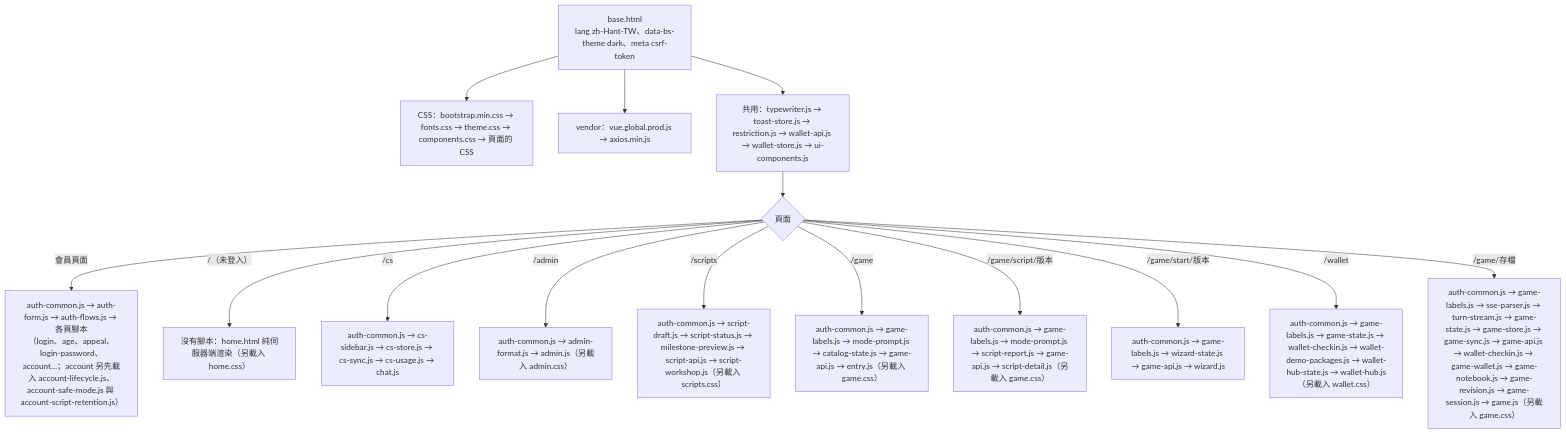
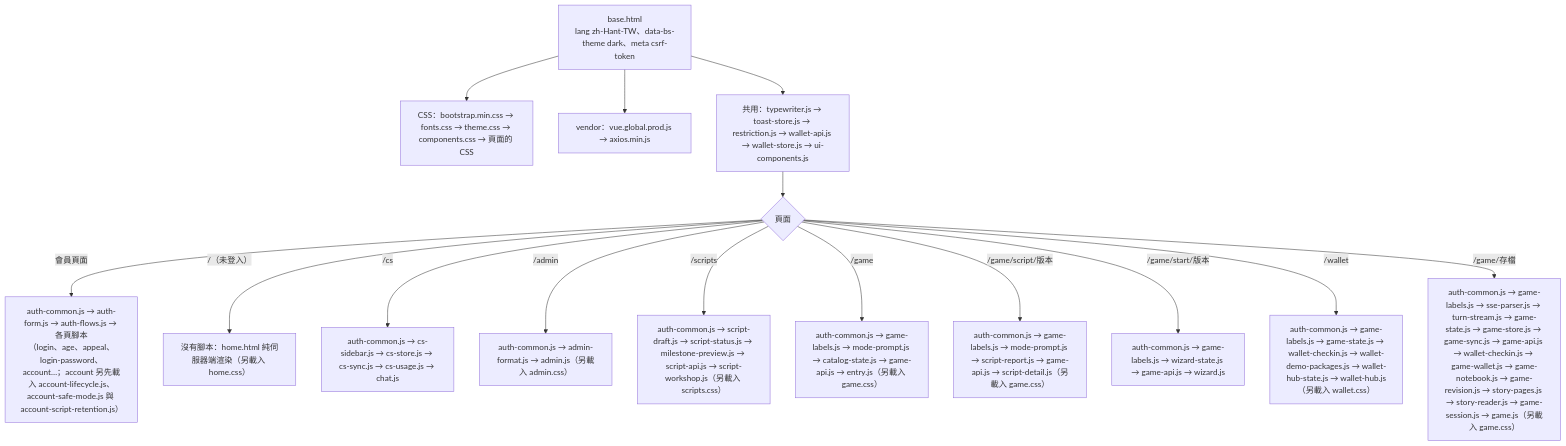
The first of 14 diagrams in docs/前端結構-frontend.md (pp466pp466/R.A.C), drawn with Mermaid before and after one commit. The commit also changed other lines of this file and 12 other files, not shown here.

````diff
--- a/docs/前端結構-frontend.md
+++ b/docs/前端結構-frontend.md
@@ -14,18 +15,18 @@
 ```mermaid
 flowchart TD
     Base["base.html<br/>lang zh-Hant-TW、data-bs-theme dark、meta csrf-token"]
     Base --> Css["CSS：bootstrap.min.css → fonts.css → theme.css → components.css → 頁面的 CSS"]
     Base --> Vendor["vendor：vue.global.prod.js → axios.min.js"]
     Base --> Ui["共用：typewriter.js → toast-store.js → restriction.js → wallet-api.js → wallet-store.js → ui-components.js"]
     Ui --> Page{"頁面"}
     Page -->|"會員頁面"| Auth["auth-common.js → auth-form.js → auth-flows.js → 各頁腳本<br/>（login、age、appeal、login-password、account…；account 另先載入 account-lifecycle.js、account-safe-mode.js 與 account-script-retention.js）"]
     Page -->|"/（未登入）"| Home["沒有腳本：home.html 純伺服器端渲染（另載入 home.css）"]
     Page -->|"/cs"| Cs["auth-common.js → cs-sidebar.js → cs-store.js → cs-sync.js → cs-usage.js → chat.js"]
     Page -->|"/admin"| Adm["auth-common.js → admin-format.js → admin.js（另載入 admin.css）"]
     Page -->|"/scripts"| Scr["auth-common.js → script-draft.js → script-status.js → milestone-preview.js → script-api.js → script-workshop.js（另載入 scripts.css）"]
     Page -->|"/game"| Gm["auth-common.js → game-labels.js → mode-prompt.js → catalog-state.js → game-api.js → entry.js（另載入 game.css）"]
     Page -->|"/game/script/版本"| Sdt["auth-common.js → game-labels.js → mode-prompt.js → script-report.js → game-api.js → script-detail.js（另載入 game.css）"]
     Page -->|"/game/start/版本"| Wzd["auth-common.js → game-labels.js → wizard-state.js → game-api.js → wizard.js"]
     Page -->|"/wallet"| Wlt["auth-common.js → game-labels.js → game-state.js → wallet-checkin.js → wallet-demo-packages.js → wallet-hub-state.js → wallet-hub.js（另載入 wallet.css）"]
-    Page -->|"/game/存檔"| Gsv["auth-common.js → game-labels.js → sse-parser.js → turn-stream.js → game-state.js → game-store.js → game-sync.js → game-api.js → wallet-checkin.js → game-wallet.js → game-notebook.js → game-revision.js → game-session.js → game.js（另載入 game.css）"]
+    Page -->|"/game/存檔"| Gsv["auth-common.js → game-labels.js → sse-parser.js → turn-stream.js → game-state.js → game-store.js → game-sync.js → game-api.js → wallet-checkin.js → game-wallet.js → game-notebook.js → game-revision.js → story-pages.js → story-reader.js → game-session.js → game.js（另載入 game.css）"]
 ```
````
